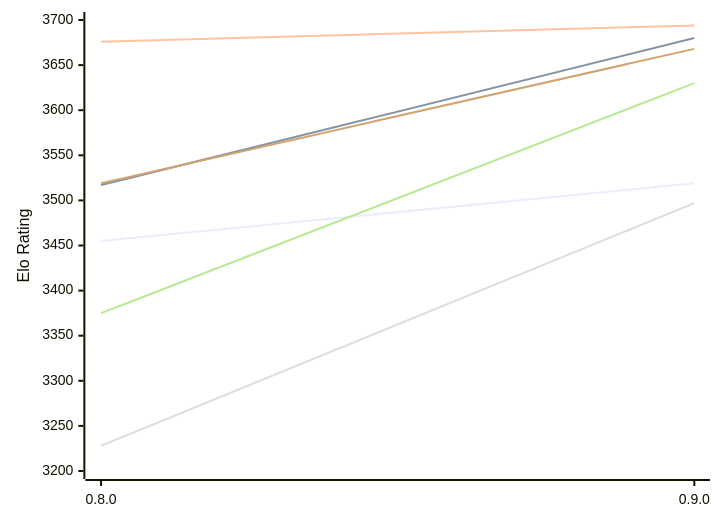
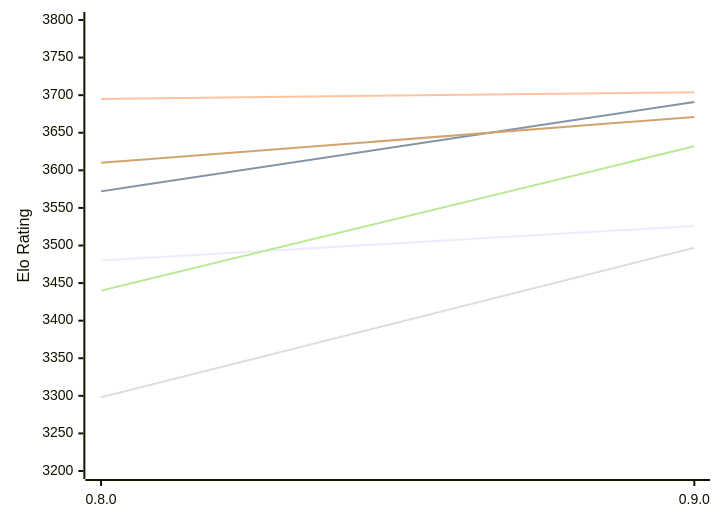
The first of 2 diagrams in engines/Reckless.md (computer-chess-index/cci), drawn with Mermaid before and after one commit. The commit also changed other lines of this file, not shown here.

Commit message:
Update CCI Ratings (ELO VLTC) - 2026-11-16

````diff
--- a/engines/Reckless.md
+++ b/engines/Reckless.md
@@ -50,12 +50,12 @@
 ```mermaid
 %%{init: {"theme":"base","themeVariables":{"seriesColors:['#a3a3a3','#222221','#faa371']}}}%%
 xychart-beta
   x-axis ["0.8.0", "0.9.0"]
-  y-axis "Elo Rating" 3200 --> 3700
-  line "E1: STC (8.0+0.08s)" [3455, 3519]
-  line "E1: LTC (60.0+0.60s)" [3517, 3680]
-  line "E1: VLTC (2m24s+1.12s)" [3676, 3694]
-  line "P1: STC (8.0+0.08s)" [3228, 3497]
-  line "P1: LTC (60.0+0.60s)" [3375, 3630]
-  line "P1: VLTC (2m24s+1.12s)" [3519, 3668]
+  y-axis "Elo Rating" 3200 --> 3800
+  line "E1: STC (8.0+0.08s)" [3480, 3526]
+  line "E1: LTC (60.0+0.60s)" [3572, 3691]
+  line "E1: VLTC (2m24s+1.12s)" [3695, 3704]
+  line "P1: STC (8.0+0.08s)" [3298, 3497]
+  line "P1: LTC (60.0+0.60s)" [3440, 3632]
+  line "P1: VLTC (2m24s+1.12s)" [3610, 3671]
 ```
````
